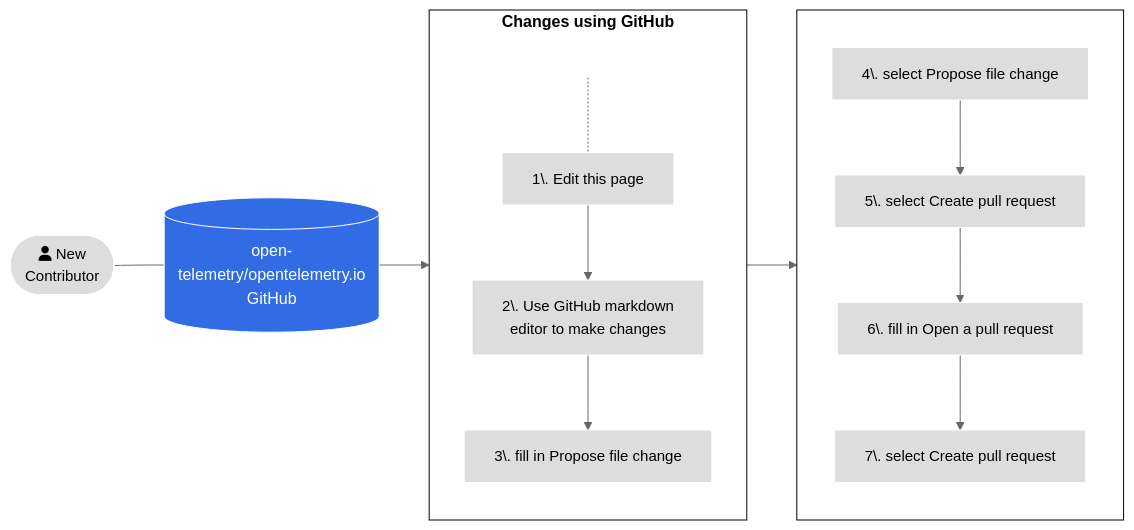
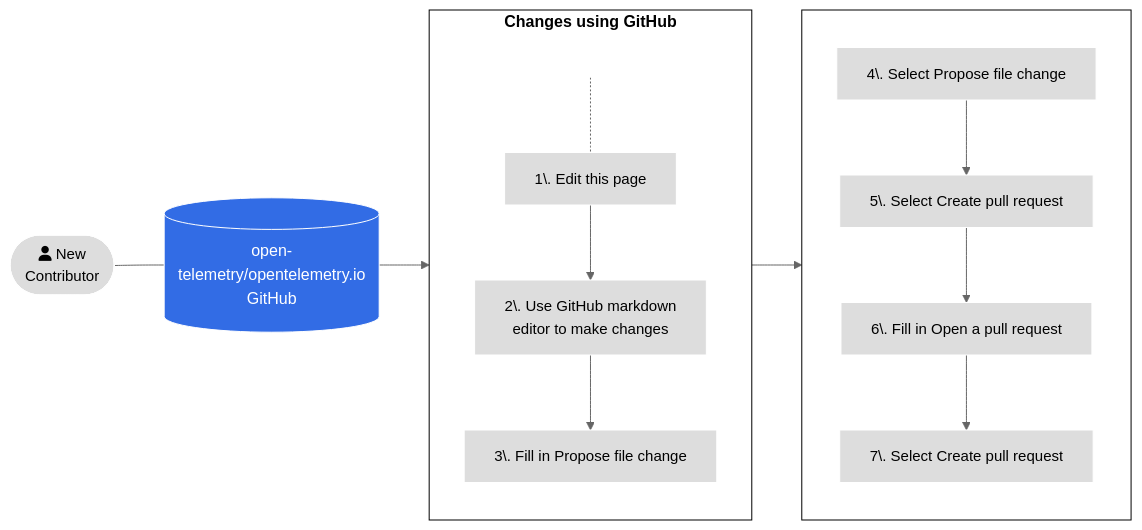
The second of 4 diagrams in content/en/docs/contributing/pull-requests.md (open-telemetry/opentelemetry.io), drawn with Mermaid (neutral theme) before and after one commit.

Commit message:
docs: changing a lower character to an uppder in initial words.

````diff
--- a/content/en/docs/contributing/pull-requests.md
+++ b/content/en/docs/contributing/pull-requests.md
@@ -65,27 +65,27 @@
 ```mermaid
 flowchart LR
 A([fa:fa-user New<br>Contributor]) --- id1[(open-telemetry/opentelemetry.io<br>GitHub)]
 subgraph tasks[Changes using GitHub]
 direction TB
     0[ ] -.-
     1[1\. Edit this page] --> 2[2\. Use GitHub markdown<br>editor to make changes]
-    2 --> 3[3\. fill in Propose file change]
+    2 --> 3[3\. Fill in Propose file change]
 
 end
 subgraph tasks2[ ]
 direction TB
-4[4\. select Propose file change] --> 5[5\. select Create pull request] --> 6[6\. fill in Open a pull request]
-6 --> 7[7\. select Create pull request]
+4[4\. Select Propose file change] --> 5[5\. Select Create pull request] --> 6[6\. Fill in Open a pull request]
+6 --> 7[7\. Select Create pull request]
 end
 
 id1 --> tasks --> tasks2
 
 classDef grey fill:#dddddd,stroke:#ffffff,stroke-width:px,color:#000000, font-size:15px;
 classDef white fill:#ffffff,stroke:#000,stroke-width:px,color:#000,font-weight:bold
 classDef k8s fill:#326ce5,stroke:#fff,stroke-width:1px,color:#fff;
 classDef spacewhite fill:#ffffff,stroke:#fff,stroke-width:0px,color:#000
 class A,1,2,3,4,5,6,7 grey
 class 0 spacewhite
 class tasks,tasks2 white
 class id1 k8s
 ```
````
